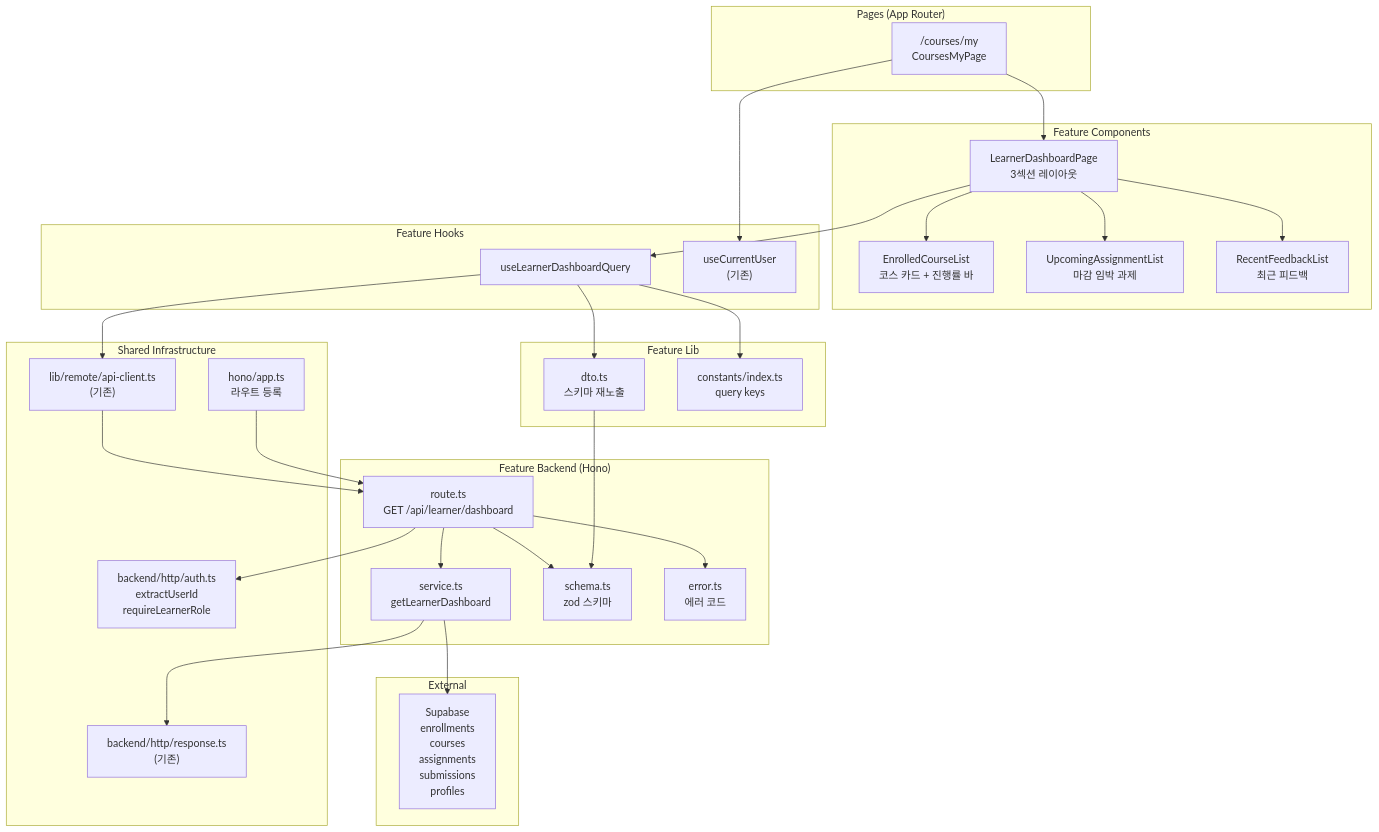
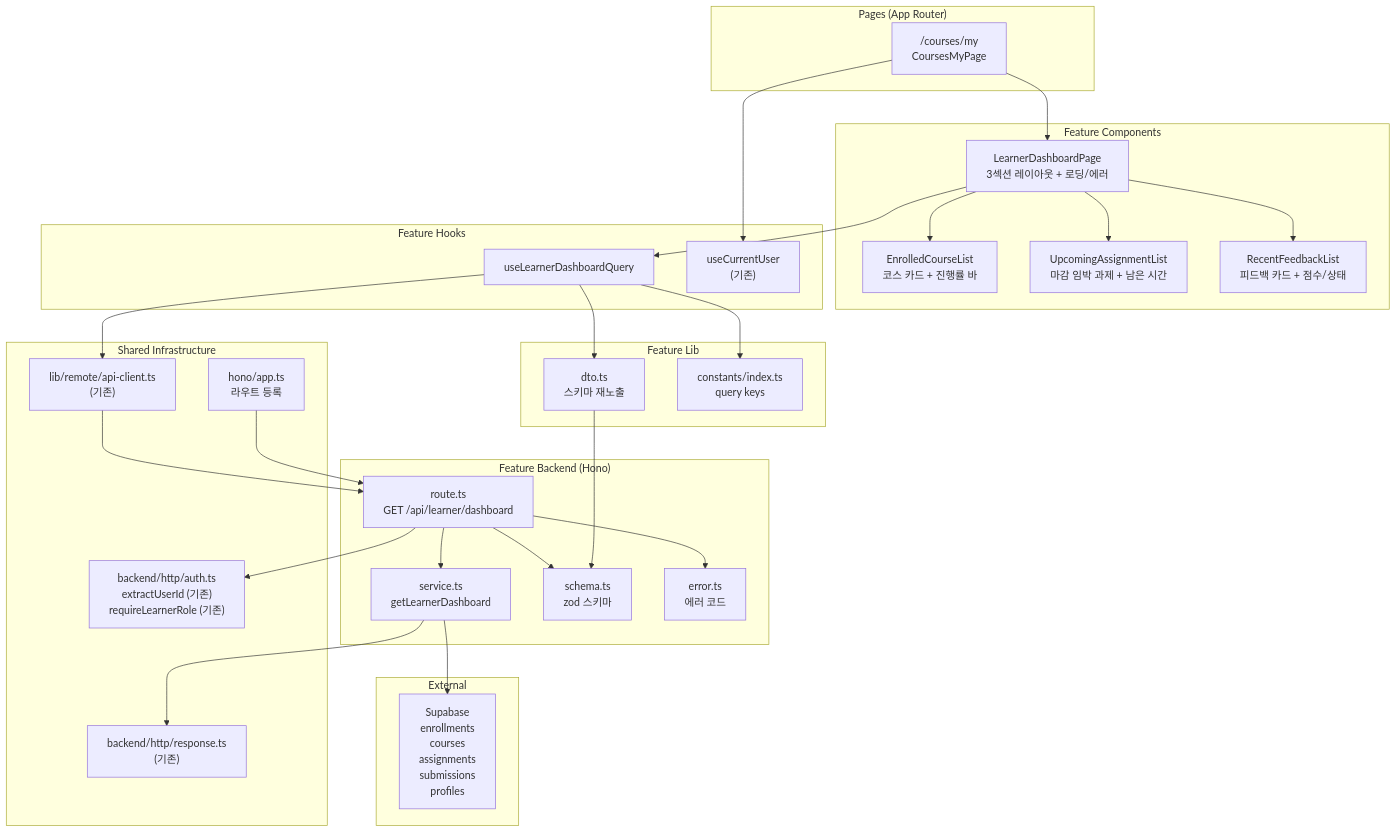
The diagram in docs/003/plan.md (oogisoogi/challenge1), drawn with Mermaid before and after one commit. The commit also changed other lines of this file and 15 other files, not shown here.

````diff
--- a/docs/003/plan.md
+++ b/docs/003/plan.md
@@ -50,63 +48,63 @@
 ```mermaid
 graph TD
     subgraph Pages["Pages (App Router)"]
         MP["/courses/my<br/>CoursesMyPage"]
     end
 
     subgraph Components["Feature Components"]
-        LDP["LearnerDashboardPage<br/>3섹션 레이아웃"]
+        LDP["LearnerDashboardPage<br/>3섹션 레이아웃 + 로딩/에러"]
         ECL["EnrolledCourseList<br/>코스 카드 + 진행률 바"]
-        UAL["UpcomingAssignmentList<br/>마감 임박 과제"]
-        RFL["RecentFeedbackList<br/>최근 피드백"]
+        UAL["UpcomingAssignmentList<br/>마감 임박 과제 + 남은 시간"]
+        RFL["RecentFeedbackList<br/>피드백 카드 + 점수/상태"]
     end
 
     subgraph Hooks["Feature Hooks"]
         LDQ["useLearnerDashboardQuery"]
         CU["useCurrentUser<br/>(기존)"]
     end
 
     subgraph Lib["Feature Lib"]
         DTO["dto.ts<br/>스키마 재노출"]
         CONST["constants/index.ts<br/>query keys"]
     end
 
     subgraph Backend["Feature Backend (Hono)"]
         RT["route.ts<br/>GET /api/learner/dashboard"]
         SV["service.ts<br/>getLearnerDashboard"]
         SC["schema.ts<br/>zod 스키마"]
         ER["error.ts<br/>에러 코드"]
     end
 
     subgraph Shared["Shared Infrastructure"]
         HA["hono/app.ts<br/>라우트 등록"]
-        AUTH["backend/http/auth.ts<br/>extractUserId<br/>requireLearnerRole"]
+        AUTH["backend/http/auth.ts<br/>extractUserId (기존)<br/>requireLearnerRole (기존)"]
         API["lib/remote/api-client.ts<br/>(기존)"]
         RES["backend/http/response.ts<br/>(기존)"]
     end
 
     subgraph External["External"]
         SB["Supabase<br/>enrollments<br/>courses<br/>assignments<br/>submissions<br/>profiles"]
     end
 
     MP --> LDP
+    MP --> CU
     LDP --> ECL
     LDP --> UAL
     LDP --> RFL
-    MP --> CU
+    LDP --> LDQ
 
-    LDP --> LDQ
     LDQ --> API
     LDQ --> DTO
     LDQ --> CONST
 
     API --> RT
     RT --> SC
     RT --> SV
     RT --> ER
     RT --> AUTH
     SV --> RES
     SV --> SB
 
     DTO --> SC
     HA --> RT
 ```
````
